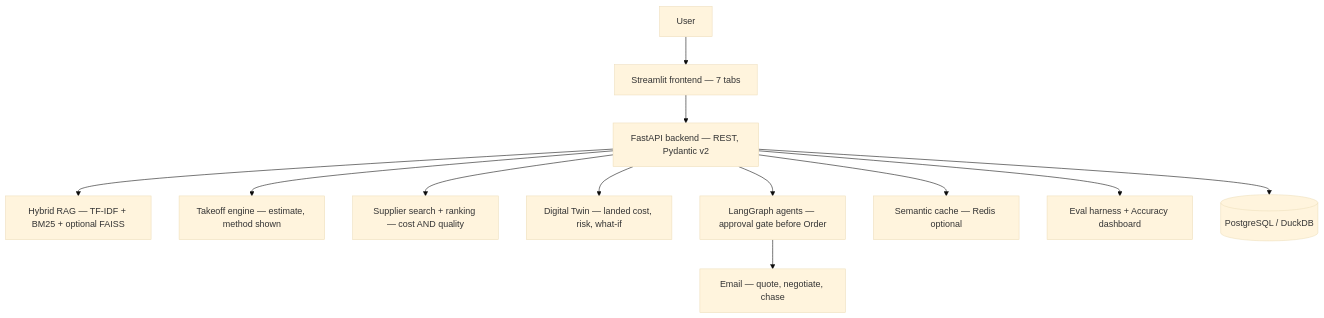
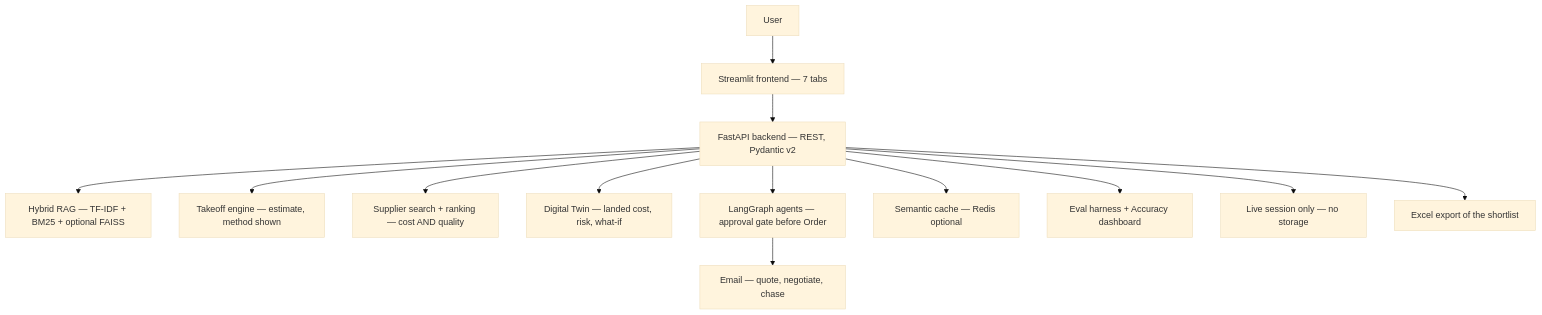
Before and after one commit to deepthivj-aiml/buildbuy-copilot: the diagram in README.md, drawn with Mermaid (base theme). The commit also changed other lines of this file and 17 other files, not shown here.

First line of the commit message:
Live-data-only: session-only flow, Excel shortlist, approval-gated contact + user email

````diff
--- a/README.md
+++ b/README.md
@@ -264,14 +300,15 @@
 ```mermaid
 flowchart TD
     U[User] --> FE[Streamlit frontend — 7 tabs]
     FE --> API[FastAPI backend — REST, Pydantic v2]
     API --> RAG[Hybrid RAG — TF-IDF + BM25 + optional FAISS]
     API --> TAKE[Takeoff engine — estimate, method shown]
     API --> SUP[Supplier search + ranking — cost AND quality]
     API --> TWIN[Digital Twin — landed cost, risk, what-if]
     API --> AGENTS[LangGraph agents — approval gate before Order]
     AGENTS --> MAIL[Email — quote, negotiate, chase]
     API --> CACHE[Semantic cache — Redis optional]
     API --> EVAL[Eval harness + Accuracy dashboard]
-    API --> DB[(PostgreSQL / DuckDB)]
+    API --> LIVE[Live session only — no storage]
+    API --> XL[Excel export of the shortlist]
 ```
````
